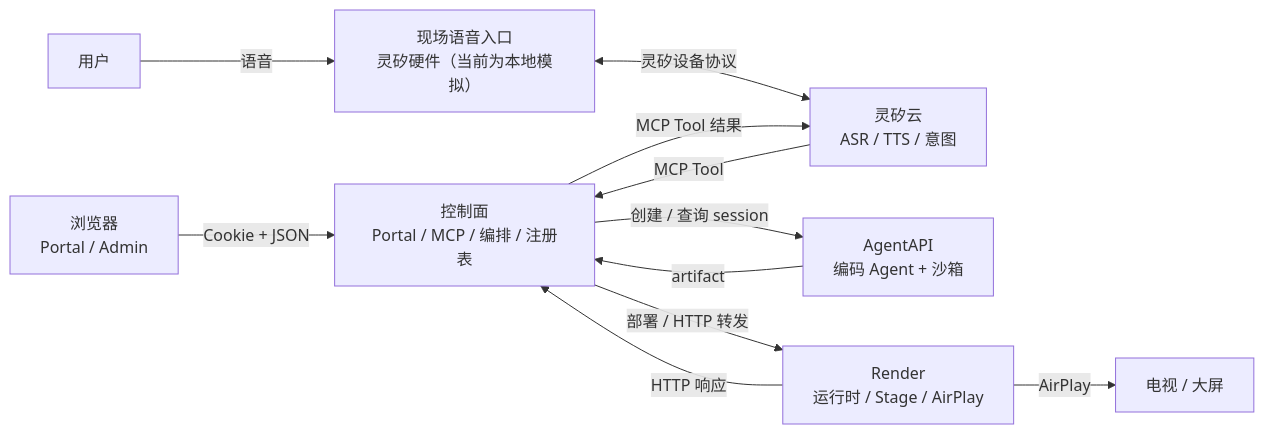
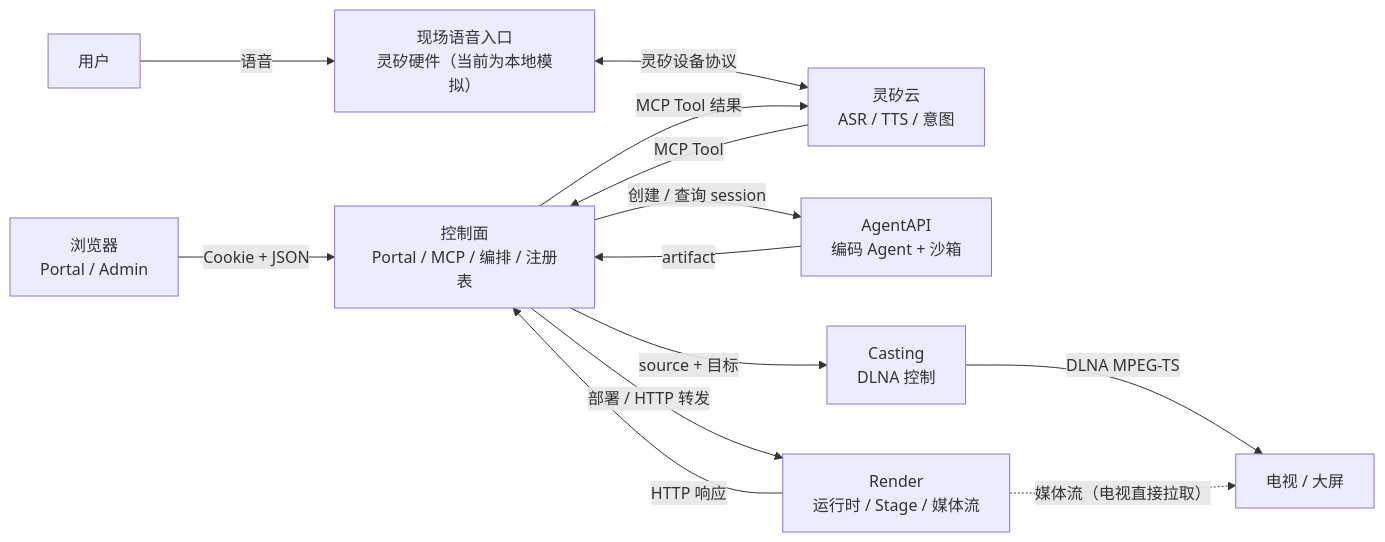
The diagram in docs/architecture/overview.md (open-anywhere/open-anywhere), drawn with Mermaid before and after one commit. The commit also changed other lines of this file and 44 other files, not shown here.

````diff
--- a/docs/architecture/overview.md
+++ b/docs/architecture/overview.md
@@ -84,13 +86,15 @@
 ```mermaid
 flowchart LR
   B["浏览器<br/>Portal / Admin"] -->|Cookie + JSON| C
   U["用户"] -->|语音| V["现场语音入口<br/>灵矽硬件（当前为本地模拟）"]
   V <-->|灵矽设备协议| L["灵矽云<br/>ASR / TTS / 意图"]
   L -->|MCP Tool| C["控制面<br/>Portal / MCP / 编排 / 注册表"]
   C -->|创建 / 查询 session| A["AgentAPI<br/>编码 Agent + 沙箱"]
   A -->|artifact| C
-  C -->|部署 / HTTP 转发| R["Render<br/>运行时 / Stage / AirPlay"]
+  C -->|部署 / HTTP 转发| R["Render<br/>运行时 / Stage / 媒体流"]
   R -->|HTTP 响应| C
   C -->|MCP Tool 结果| L
-  R -->|AirPlay| T["电视 / 大屏"]
+  C -->|source + 目标| P["Casting<br/>DLNA 控制"]
+  P -->|DLNA MPEG-TS| T["电视 / 大屏"]
+  R -.->|媒体流（电视直接拉取）| T
 ```
````
